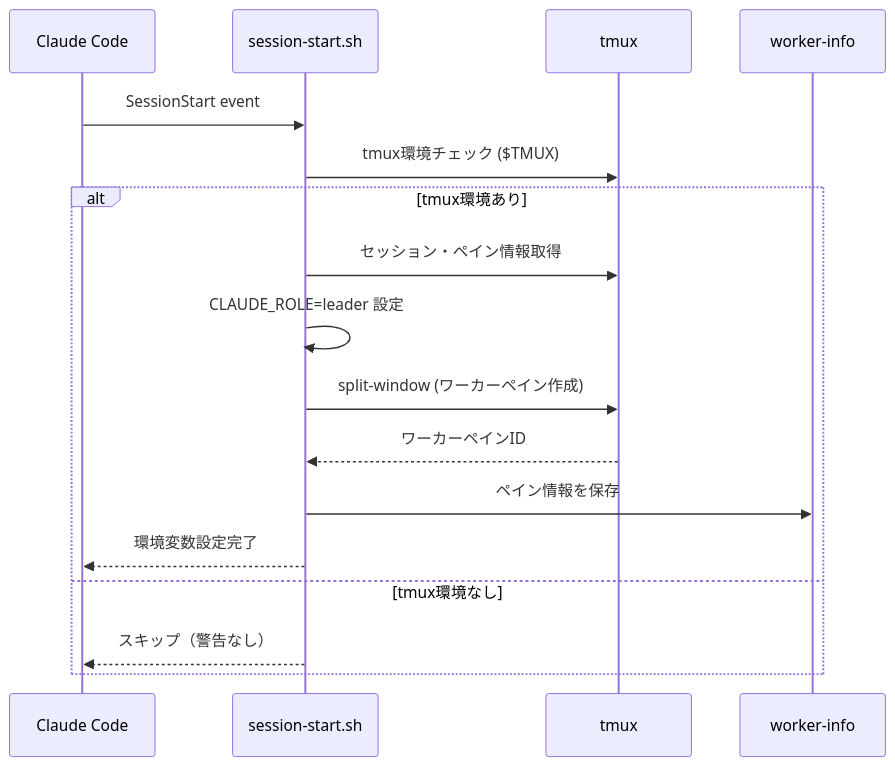
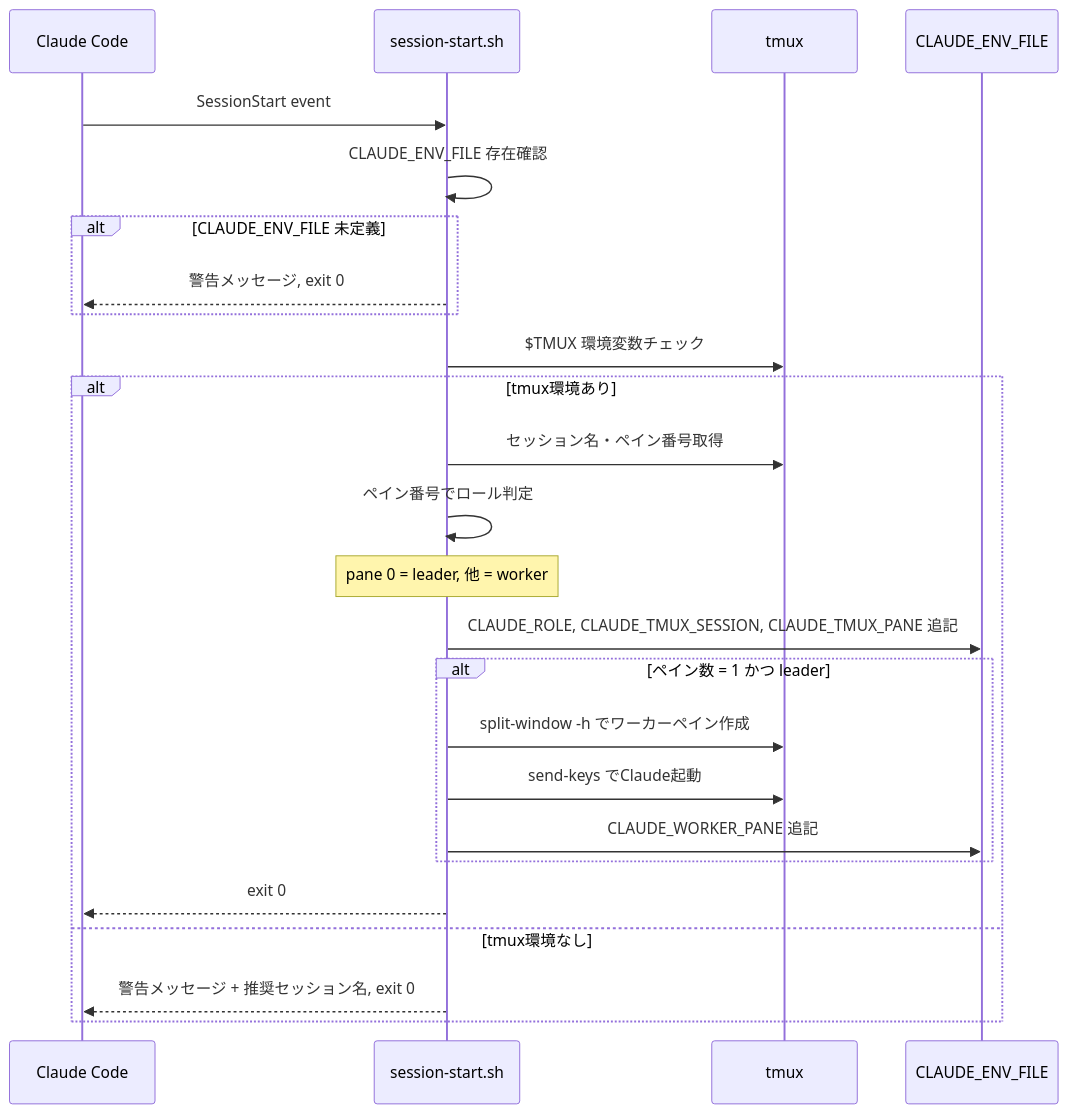
One commit to IsodaZen/cctmx-teams changed the second of 5 diagrams in .kiro/specs/plugin-ification/design.md. Above: the diagram before and after it, drawn with Mermaid. The commit also changed other lines of this file and 2 other files, not shown here.

````diff
--- a/.kiro/specs/plugin-ification/design.md
+++ b/.kiro/specs/plugin-ification/design.md
@@ -97,20 +102,28 @@
 ```mermaid
 sequenceDiagram
     participant CC as Claude Code
     participant HS as session-start.sh
     participant TM as tmux
-    participant WI as worker-info
+    participant EF as CLAUDE_ENV_FILE
 
     CC->>HS: SessionStart event
-    HS->>TM: tmux環境チェック ($TMUX)
+    HS->>HS: CLAUDE_ENV_FILE 存在確認
+    alt CLAUDE_ENV_FILE 未定義
+        HS-->>CC: 警告メッセージ, exit 0
+    end
+    HS->>TM: $TMUX 環境変数チェック
     alt tmux環境あり
-        HS->>TM: セッション・ペイン情報取得
-        HS->>HS: CLAUDE_ROLE=leader 設定
-        HS->>TM: split-window (ワーカーペイン作成)
-        TM-->>HS: ワーカーペインID
-        HS->>WI: ペイン情報を保存
-        HS-->>CC: 環境変数設定完了
+        HS->>TM: セッション名・ペイン番号取得
+        HS->>HS: ペイン番号でロール判定
+        Note over HS: pane 0 = leader, 他 = worker
+        HS->>EF: CLAUDE_ROLE, CLAUDE_TMUX_SESSION, CLAUDE_TMUX_PANE 追記
+        alt ペイン数 = 1 かつ leader
+            HS->>TM: split-window -h でワーカーペイン作成
+            HS->>TM: send-keys でClaude起動
+            HS->>EF: CLAUDE_WORKER_PANE 追記
+        end
+        HS-->>CC: exit 0
     else tmux環境なし
-        HS-->>CC: スキップ（警告なし）
+        HS-->>CC: 警告メッセージ + 推奨セッション名, exit 0
     end
 ```
````
